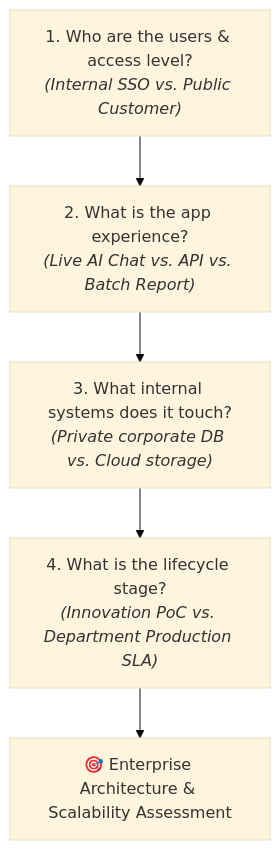
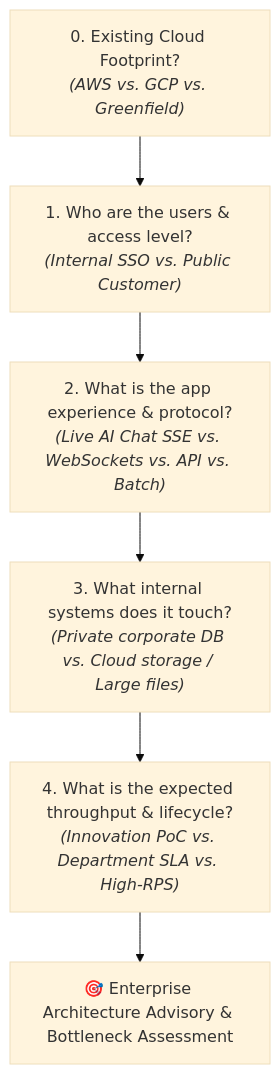
The diagram in SKILL.md (xirago/serverless-architect), drawn with Mermaid (base theme) before and after one commit. The commit also changed other lines of this file and 4 other files, not shown here.

Commit message:
feat: refine serverless-architect for enterprise advisory role and add evals suite

````diff
--- a/SKILL.md
+++ b/SKILL.md
@@ -44,7 +49,8 @@
 ```mermaid
 flowchart TD
-    Q1["1. Who are the users & access level?<br/><i>(Internal SSO vs. Public Customer)</i>"] --> Q2["2. What is the app experience?<br/><i>(Live AI Chat vs. API vs. Batch Report)</i>"]
-    Q2 --> Q3["3. What internal systems does it touch?<br/><i>(Private corporate DB vs. Cloud storage)</i>"]
-    Q3 --> Q4["4. What is the lifecycle stage?<br/><i>(Innovation PoC vs. Department Production SLA)</i>"]
-    Q4 --> Rec["🎯 Enterprise Architecture & Scalability Assessment"]
+    Q0["0. Existing Cloud Footprint?<br/><i>(AWS vs. GCP vs. Greenfield)</i>"] --> Q1["1. Who are the users & access level?<br/><i>(Internal SSO vs. Public Customer)</i>"]
+    Q1 --> Q2["2. What is the app experience & protocol?<br/><i>(Live AI Chat SSE vs. WebSockets vs. API vs. Batch)</i>"]
+    Q2 --> Q3["3. What internal systems does it touch?<br/><i>(Private corporate DB vs. Cloud storage / Large files)</i>"]
+    Q3 --> Q4["4. What is the expected throughput & lifecycle?<br/><i>(Innovation PoC vs. Department SLA vs. High-RPS)</i>"]
+    Q4 --> Rec["🎯 Enterprise Architecture Advisory & Bottleneck Assessment"]
 ```
````
